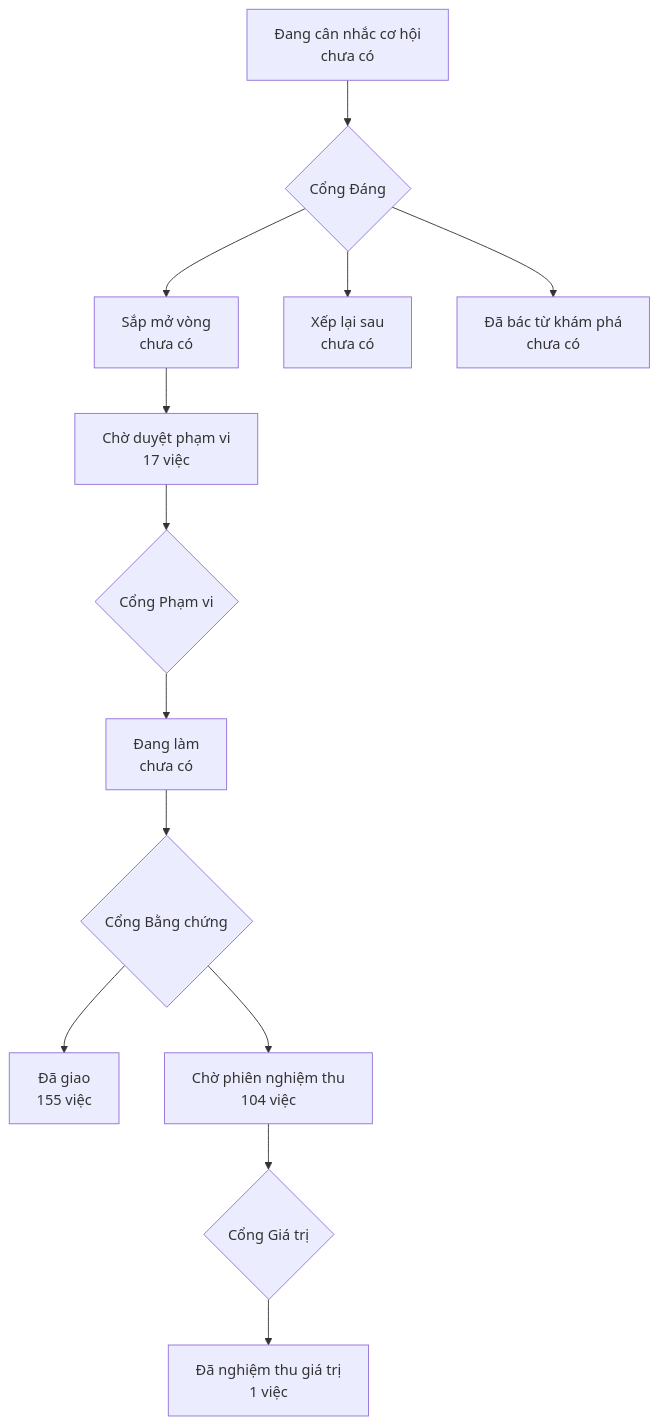
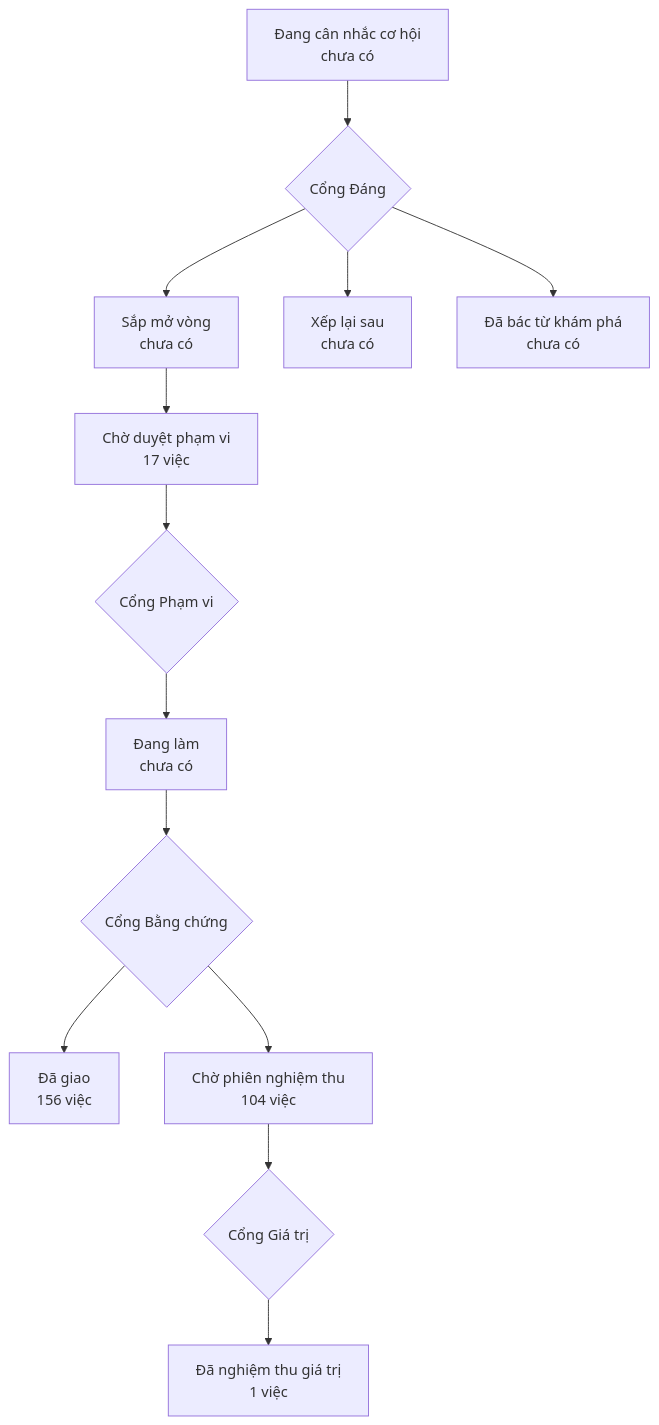
The diagram in PRODUCT-MAP.md (phanlemanh/onehub-invest), drawn with Mermaid before and after one commit. The commit also changed other lines of this file and 1 other file, not shown here.

Commit message:
docs(map): vẽ lại bản đồ sau khi gộp main (#374)

````diff
--- a/PRODUCT-MAP.md
+++ b/PRODUCT-MAP.md
@@ -7,12 +7,12 @@
 ```mermaid
 flowchart TD
   A["Đang cân nhắc cơ hội<br/>chưa có"] --> GD{"Cổng Đáng"}
   GD --> B["Sắp mở vòng<br/>chưa có"]
   GD --> XL["Xếp lại sau<br/>chưa có"]
   GD --> DB["Đã bác từ khám phá<br/>chưa có"]
   B --> CD["Chờ duyệt phạm vi<br/>17 việc"] --> GP{"Cổng Phạm vi"}
   GP --> DL["Đang làm<br/>chưa có"] --> GB{"Cổng Bằng chứng"}
-  GB --> DG["Đã giao<br/>155 việc"]
+  GB --> DG["Đã giao<br/>156 việc"]
   GB --> CN["Chờ phiên nghiệm thu<br/>104 việc"] --> GG{"Cổng Giá trị"}
   GG --> NT["Đã nghiệm thu giá trị<br/>1 việc"]
 ```
````
